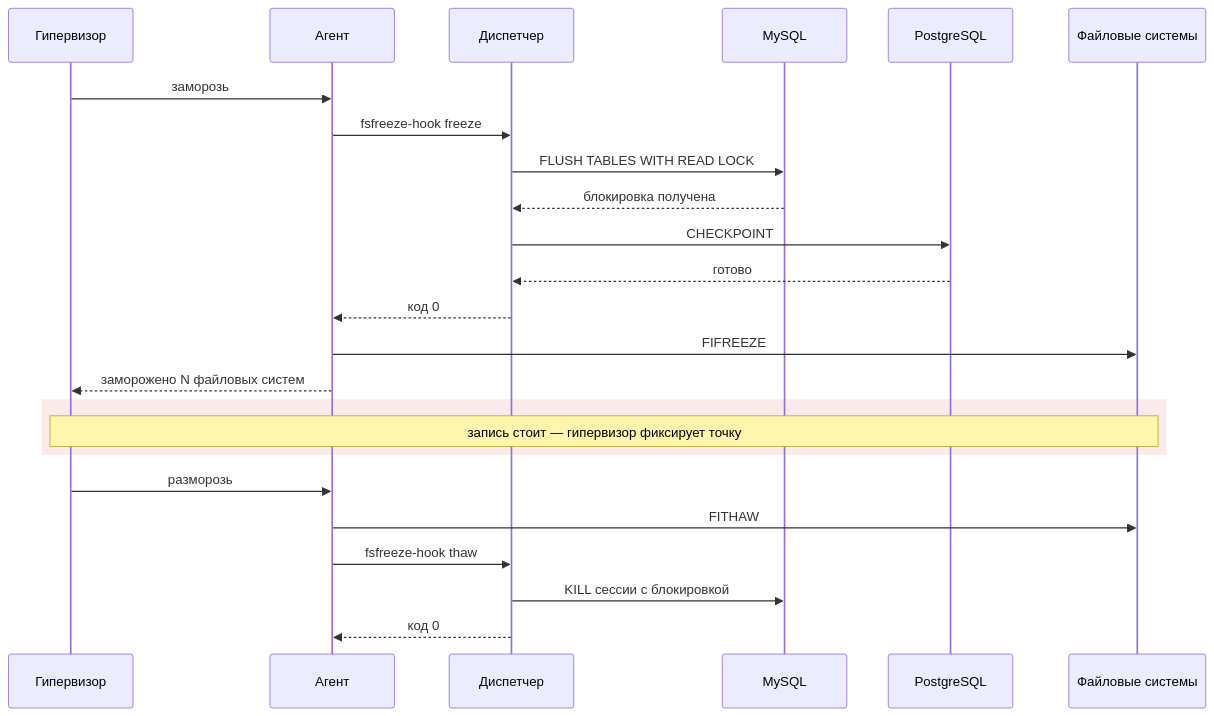
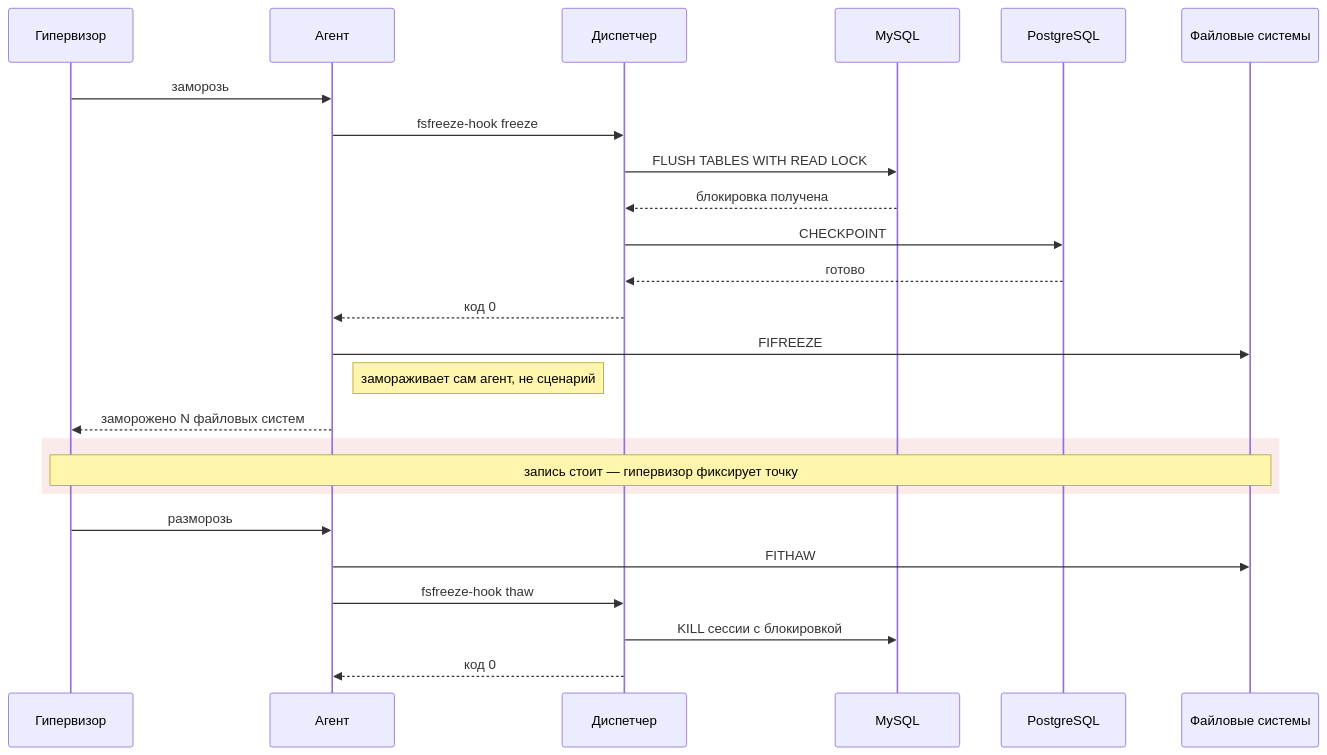
Before and after one commit to Variel42k/ovirt-backup: the third of 13 diagrams in docs/GUEST-FREEZE.md, drawn with Mermaid. The commit also changed other lines of this file, not shown here.

````diff
--- a/docs/GUEST-FREEZE.md
+++ b/docs/GUEST-FREEZE.md
@@ -116,27 +167,28 @@
 ```mermaid
 sequenceDiagram
     participant G as Гипервизор
     participant A as Агент
     participant H as Диспетчер
     participant MY as MySQL
     participant PG as PostgreSQL
     participant FS as Файловые системы
 
     G->>A: заморозь
     A->>H: fsfreeze-hook freeze
     H->>MY: FLUSH TABLES WITH READ LOCK
     MY-->>H: блокировка получена
     H->>PG: CHECKPOINT
     PG-->>H: готово
     H-->>A: код 0
     A->>FS: FIFREEZE
+    Note right of A: замораживает сам агент, не сценарий
     A-->>G: заморожено N файловых систем
     rect rgba(220, 80, 80, 0.12)
         Note over G,FS: запись стоит — гипервизор фиксирует точку
     end
     G->>A: разморозь
     A->>FS: FITHAW
     A->>H: fsfreeze-hook thaw
     H->>MY: KILL сессии с блокировкой
     H-->>A: код 0
 ```
````
